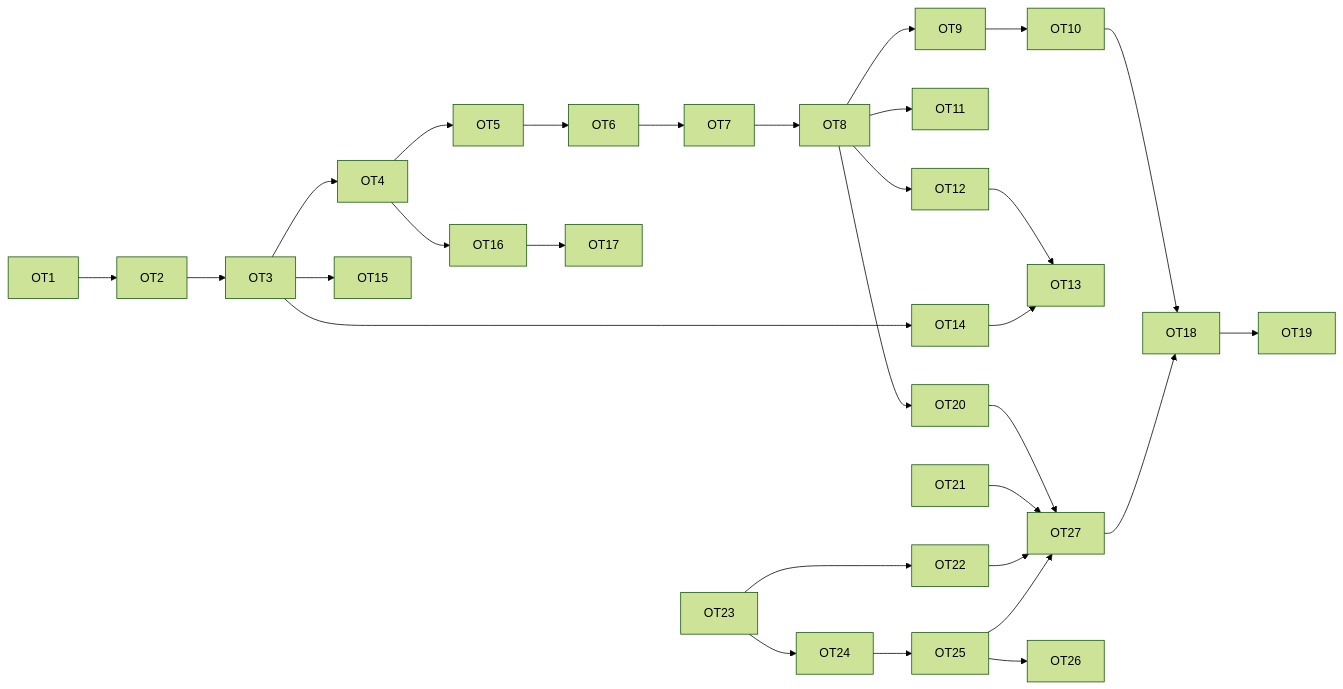
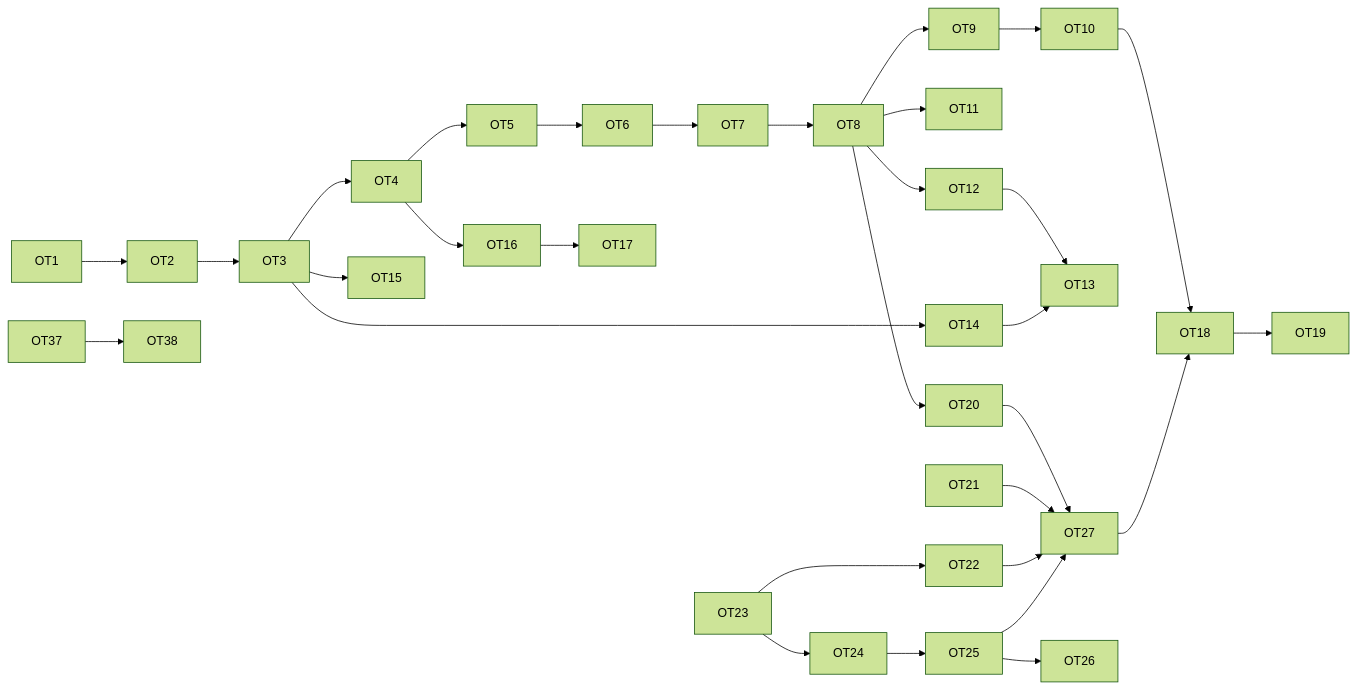
The diagram in BACKLOG.md (Ladvien/blended), drawn with Mermaid (forest theme) before and after one commit. The commit also changed other lines of this file and 10 other files, not shown here.

````diff
--- a/BACKLOG.md
+++ b/BACKLOG.md
@@ -190,17 +219,18 @@
 ```mermaid
 flowchart LR
   OT1 --> OT2 --> OT3 --> OT4 --> OT5 --> OT6 --> OT7 --> OT8
   OT8 --> OT9 --> OT10
   OT8 --> OT11
   OT8 --> OT12 --> OT13
   OT3 --> OT14 --> OT13
   OT3 --> OT15
   OT4 --> OT16 --> OT17
   OT10 --> OT18 --> OT19
   OT8 --> OT20 --> OT27
   OT21 --> OT27
   OT23 --> OT22 --> OT27
   OT23 --> OT24 --> OT25 --> OT27
   OT25 --> OT26
   OT27 --> OT18
+  OT37 --> OT38
 ```
````
